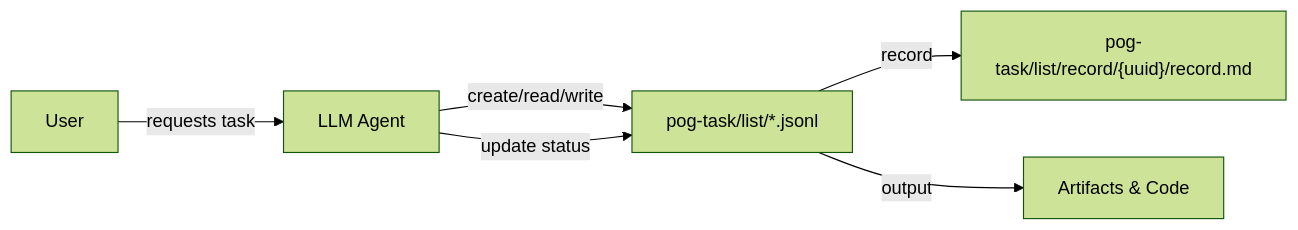
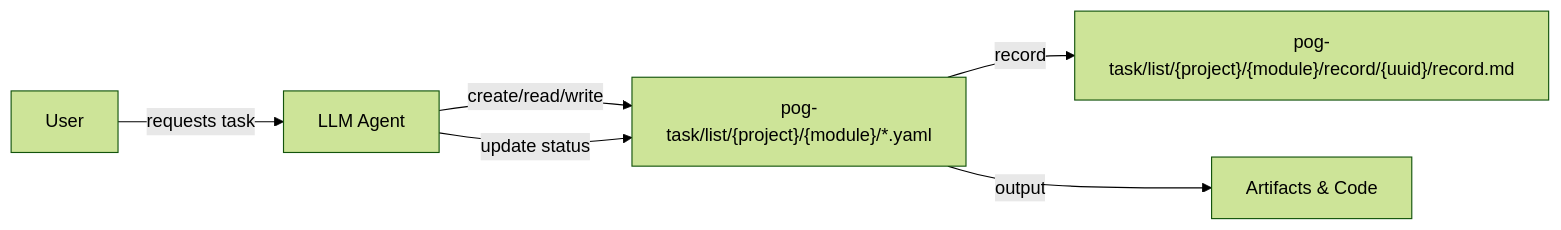
One commit to enjtorian/pog-task changed the first of 2 diagrams in docs/index.md. Above: the diagram before and after it, drawn with Mermaid (forest theme). The commit also changed other lines of this file and 87 other files, not shown here.

````diff
--- a/docs/index.md
+++ b/docs/index.md
@@ -88,8 +88,8 @@
 ```mermaid
 flowchart LR
     U[User] -->|requests task| A[LLM Agent]
-    A -->|create/read/write| TL[pog-task/list/*.jsonl]
-    TL -->|record| R["pog-task/list/record/{uuid}/record.md"]
+    A -->|create/read/write| TL["pog-task/list/{project}/{module}/*.yaml"]
+    TL -->|record| R["pog-task/list/{project}/{module}/record/{uuid}/record.md"]
     A -->|update status| TL
     TL -->|output| O[Artifacts & Code]
 ```
````
